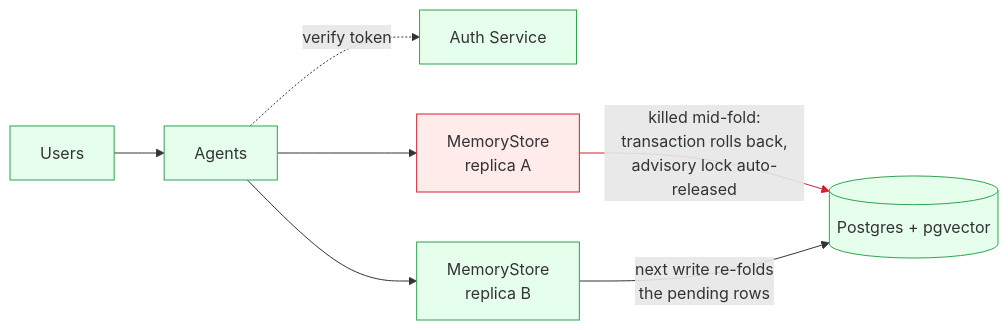
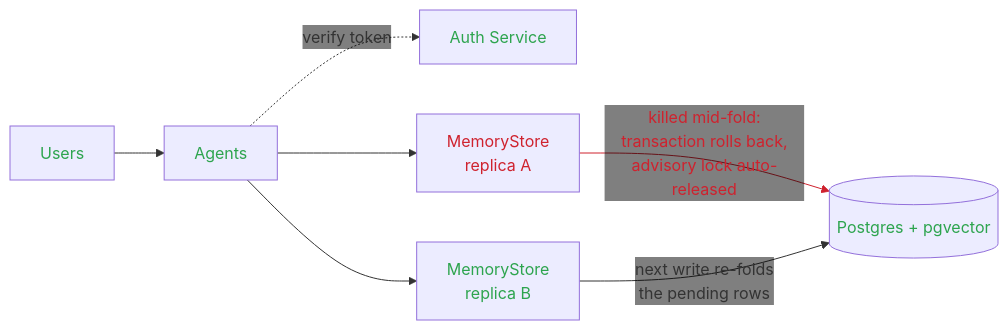
Before and after one commit to axsaucedo/kaos-adrs: the fifth of 8 diagrams in memory/blog/BLOGPOST_DRAFT_PART_3.md, drawn with Mermaid. The commit also changed other lines of this file, not shown here.

First line of the commit message:
blog(part3): failure diagrams mark state by text colour and drop edge-label boxes

````diff
--- a/memory/blog/BLOGPOST_DRAFT_PART_3.md
+++ b/memory/blog/BLOGPOST_DRAFT_PART_3.md
@@ -260,15 +261,16 @@
 ```mermaid
+%%{init: {"themeVariables": {"edgeLabelBackground": "transparent"}}}%%
 flowchart LR
   U["Users"] --> A["Agents"]
   A -.->|"verify token"| AS["Auth Service"]
   A --> R1["MemoryStore<br/>replica A"]
   A --> R2["MemoryStore<br/>replica B"]
   R1 -->|"killed mid-fold:<br/>transaction rolls back,<br/>advisory lock auto-released"| PG[("Postgres + pgvector")]
   R2 -->|"next write re-folds<br/>the pending rows"| PG
-  classDef down fill:#ffebe9,stroke:#cf222e;
-  classDef warn fill:#fff8c5,stroke:#d4a72c;
-  classDef ok fill:#e6ffed,stroke:#2da44e;
+  classDef down color:#cf222e;
+  classDef warn color:#d4a72c;
+  classDef ok color:#2da44e;
   class R1 down;
   class U,AS,A,R2,PG ok;
-  linkStyle 4 stroke:#cf222e
+  linkStyle 4 stroke:#cf222e,color:#cf222e
 ```
````
